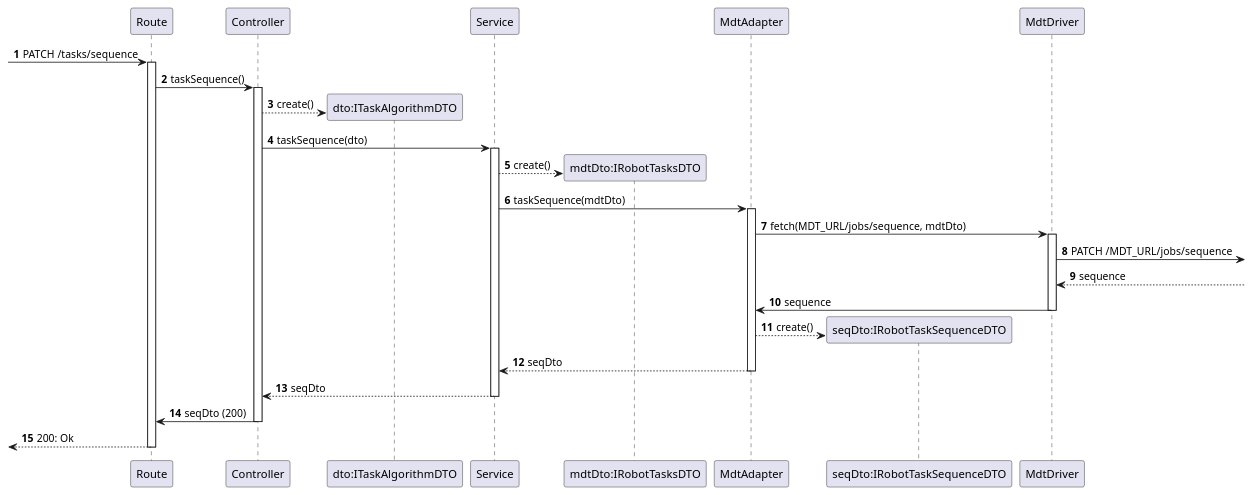
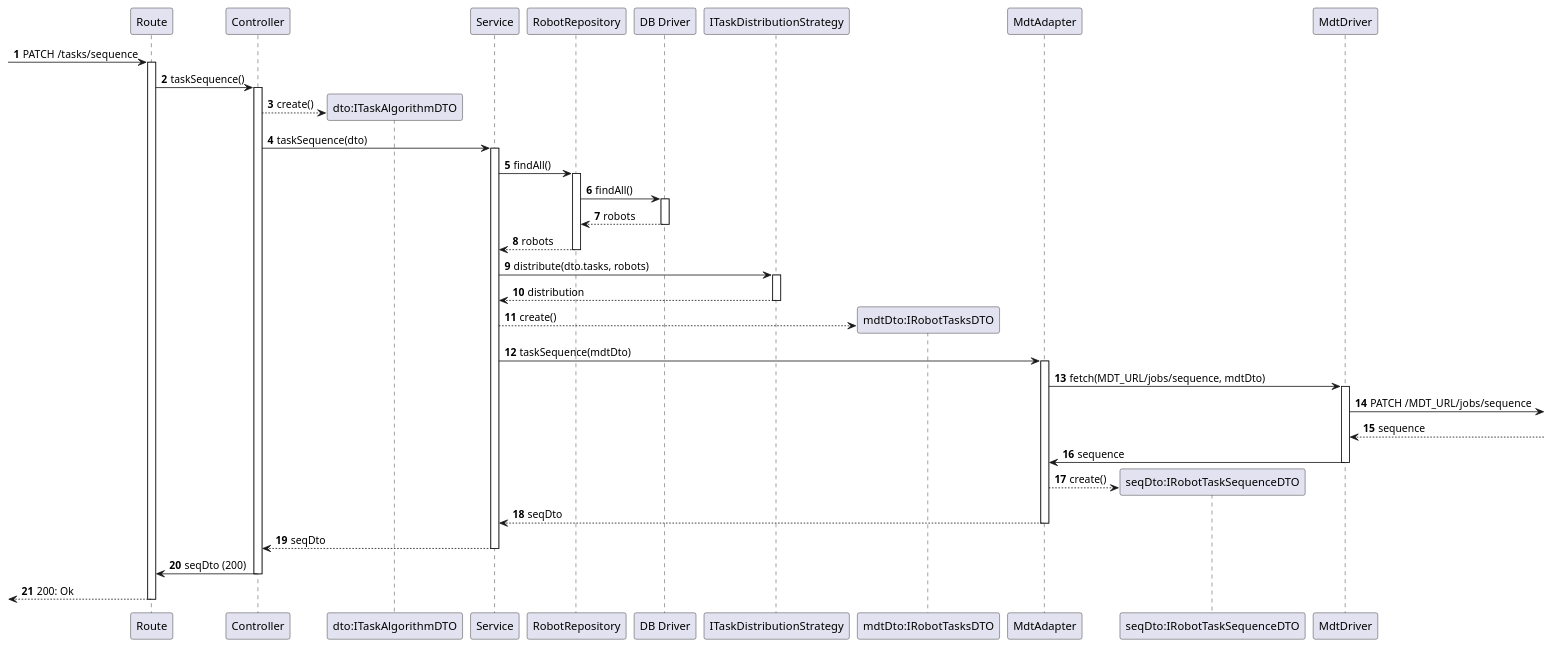
Before and after one commit to Departamento-de-Engenharia-Informatica/lapr5-23-24-g19: the diagram in docs/us500/level3/process-view-mdr-sequence.puml, drawn with PlantUML. The commit also changed 1 other file, not shown here.

Commit message:
docs(us500): update mdr level2 to match strategy pattern

```diff
--- a/docs/us500/level3/process-view-mdr-sequence.puml
+++ b/docs/us500/level3/process-view-mdr-sequence.puml
@@ -1,49 +1,70 @@
 @startuml
 autonumber
 
 participant "Route" as r
 
 participant "Controller" as ctrl
 participant "dto:ITaskAlgorithmDTO" as dto_in
 
 participant "Service" as svc
+
+participant "RobotRepository" as r_repo
+participant "DB Driver" as db
+
+participant "ITaskDistributionStrategy" as strat
+
 participant "mdtDto:IRobotTasksDTO" as mdt_dto
 
 participant "MdtAdapter" as repo
 participant "seqDto:IRobotTaskSequenceDTO" as dto_out
 
 participant "MdtDriver" as http
 
 [-> r : PATCH /tasks/sequence
 activate r
     r -> ctrl : taskSequence()
     activate ctrl
         ctrl --> dto_in** : create()
 
         ctrl -> svc : taskSequence(dto)
         activate svc
+            svc -> r_repo : findAll()
+            activate r_repo
+                r_repo -> db : findAll()
+                activate db
+                    db --> r_repo : robots
+                deactivate db
+
+                r_repo --> svc : robots
+            deactivate r_repo
+
+            svc -> strat : distribute(dto.tasks, robots)
+            activate strat
+                strat --> svc : distribution
+            deactivate strat
+
             svc --> mdt_dto** : create()
 
             svc -> repo : taskSequence(mdtDto)
             activate repo
                 repo -> http : fetch(MDT_URL/jobs/sequence, mdtDto)
                 activate http
                     http ->] : PATCH /MDT_URL/jobs/sequence
                     http <--] : sequence
 
                     http -> repo : sequence
                 deactivate http
 
                 repo --> dto_out ** : create()
                 repo --> svc : seqDto
             deactivate repo
 
             svc --> ctrl : seqDto
         deactivate svc
 
         ctrl -> r : seqDto (200)
     deactivate ctrl
     [<-- r : 200: Ok
 deactivate r
 
 @enduml
```
